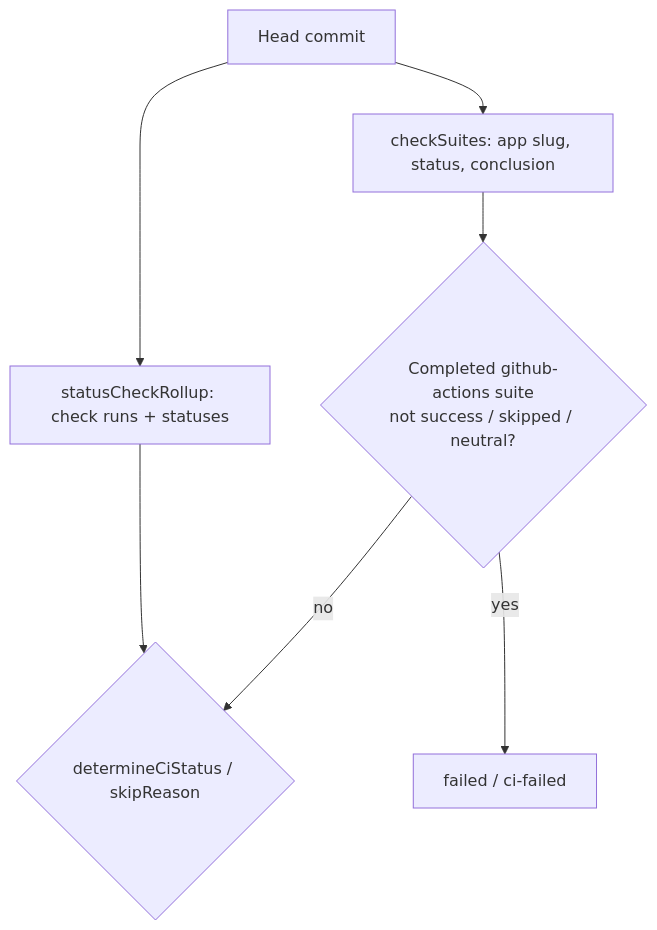
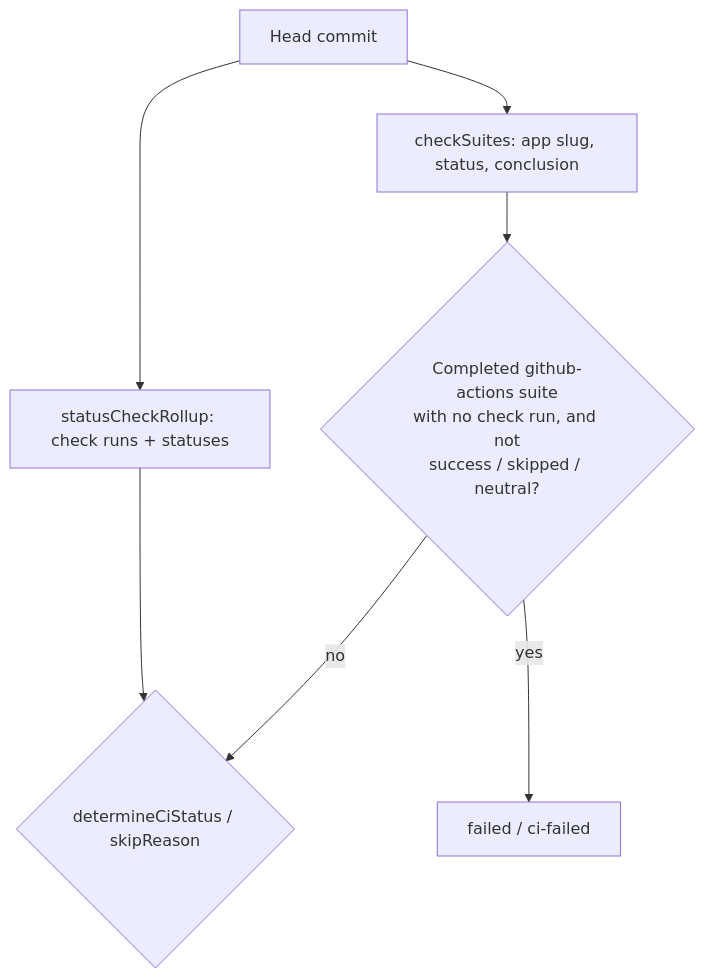
The diagram in docs/archive/pr-summaries/pr-summary-4347.md (stSoftwareAU/VibeCoder), drawn with Mermaid before and after one commit. The commit also changed other lines of this file and 12 other files, not shown here.

````diff
--- a/docs/archive/pr-summaries/pr-summary-4347.md
+++ b/docs/archive/pr-summaries/pr-summary-4347.md
@@ -14,9 +17,9 @@
 ```mermaid
 flowchart TD
     A[Head commit] --> B[statusCheckRollup: check runs + statuses]
     A --> C[checkSuites: app slug, status, conclusion]
     B --> D{determineCiStatus / skipReason}
-    C --> E{Completed github-actions suite<br/>not success / skipped / neutral?}
+    C --> E{Completed github-actions suite<br/>with no check run, and not<br/>success / skipped / neutral?}
     E -- yes --> F[failed / ci-failed]
     E -- no --> D
 ```
````
